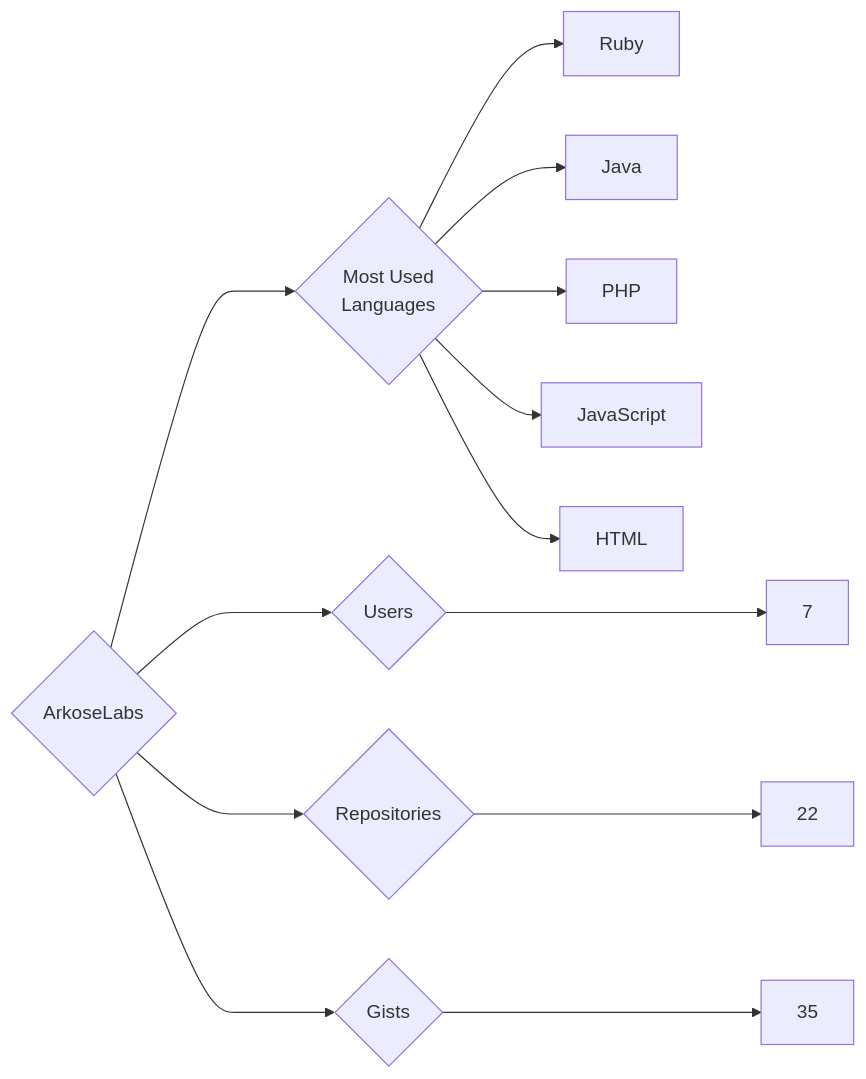
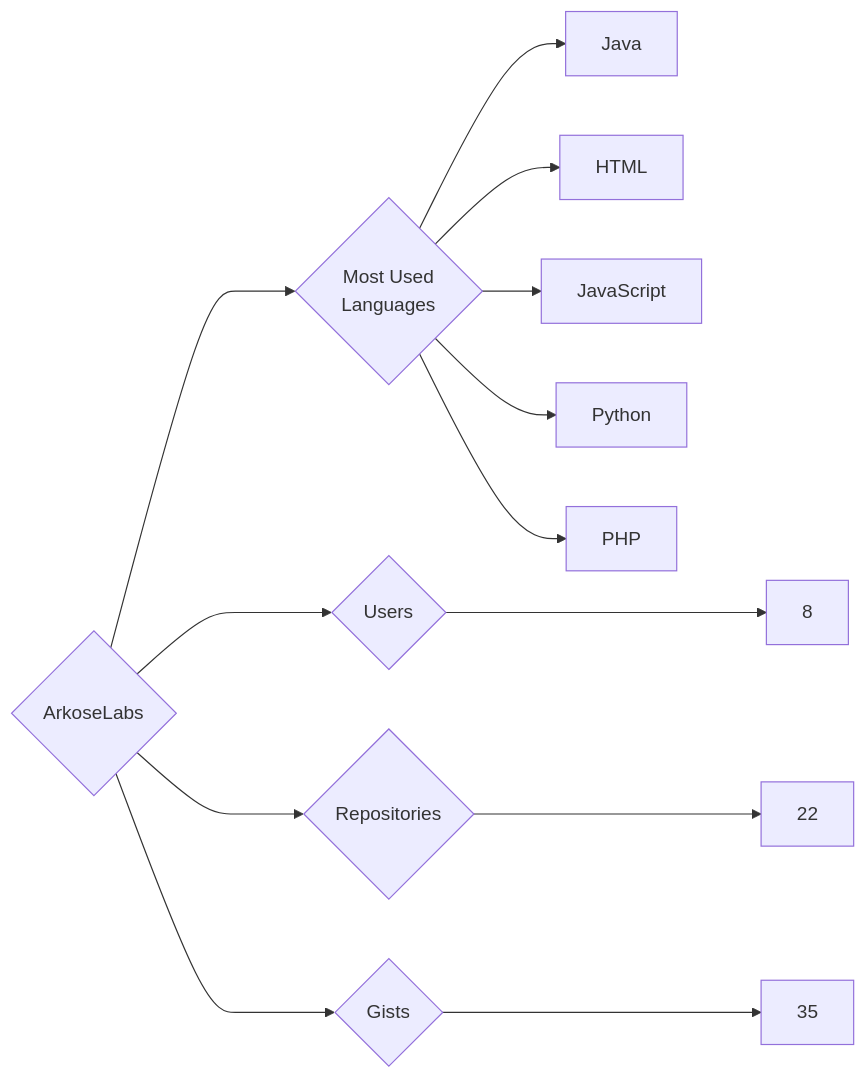
Before and after one commit to trickest/insiders: the diagram in targets/ArkoseLabs/README.md, drawn with Mermaid. The commit also changed 1055 other files, not shown here.

````diff
--- a/targets/ArkoseLabs/README.md
+++ b/targets/ArkoseLabs/README.md
@@ -3,13 +3,13 @@
 ```mermaid
 graph LR
 COMPANY_NAME{ArkoseLabs}
-COMPANY_NAME ---> U{Users} ---> UN[7]
+COMPANY_NAME ---> U{Users} ---> UN[8]
 COMPANY_NAME ---> R{Repositories} ---> RN[22]
 COMPANY_NAME ---> G{Gists} ---> GN[35]
 COMPANY_NAME ---> ML{Most Used<br>Languages}
-ML --> Ruby[Ruby]
 ML --> Java[Java]
+ML --> HTML[HTML]
+ML --> JavaScript[JavaScript]
+ML --> Python[Python]
 ML --> PHP[PHP]
-ML --> JavaScript[JavaScript]
-ML --> HTML[HTML]
 ```
````
